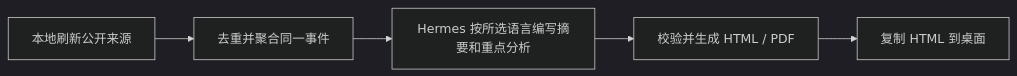
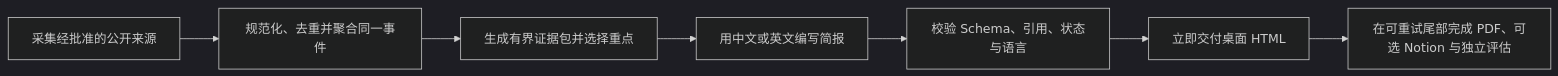
Before and after one commit to Merak-Wang/daily-intelligence-skill: the diagram in README.md, drawn with Mermaid (dark theme). The commit also changed other lines of this file and 33 other files, not shown here.

````diff
--- a/README.md
+++ b/README.md
@@ -129,7 +150,9 @@
 ```mermaid
 flowchart LR
-    A["本地刷新公开来源"] --> B["去重并聚合同一事件"]
-    B --> C["Hermes 按所选语言编写摘要和重点分析"]
-    C --> D["校验并生成 HTML / PDF"]
-    D --> E["复制 HTML 到桌面"]
+    A["采集经批准的公开来源"] --> B["规范化、去重并聚合同一事件"]
+    B --> C["生成有界证据包并选择重点"]
+    C --> D["用中文或英文编写简报"]
+    D --> E["校验 Schema、引用、状态与语言"]
+    E --> F["立即交付桌面 HTML"]
+    F --> G["在可重试尾部完成 PDF、可选 Notion 与独立评估"]
 ```
````
